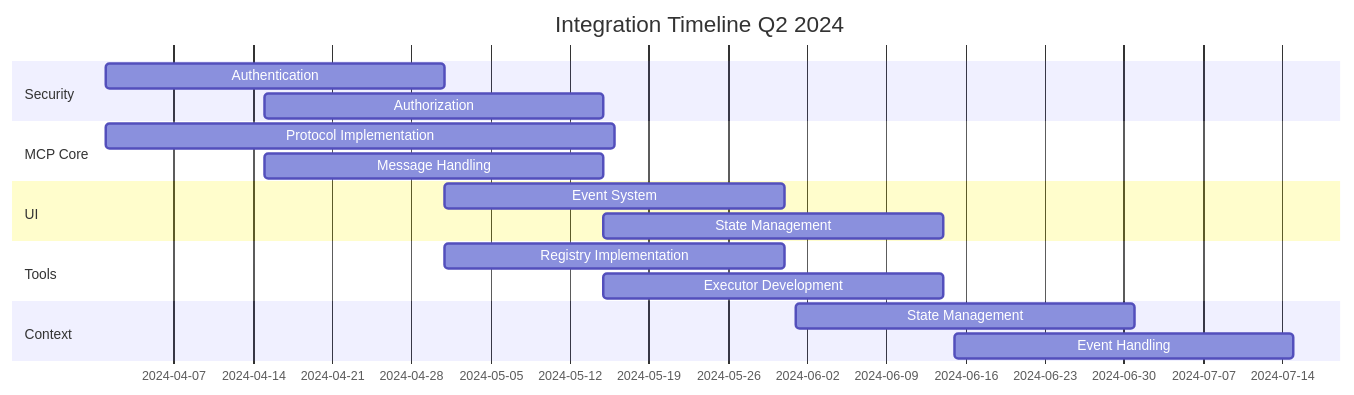
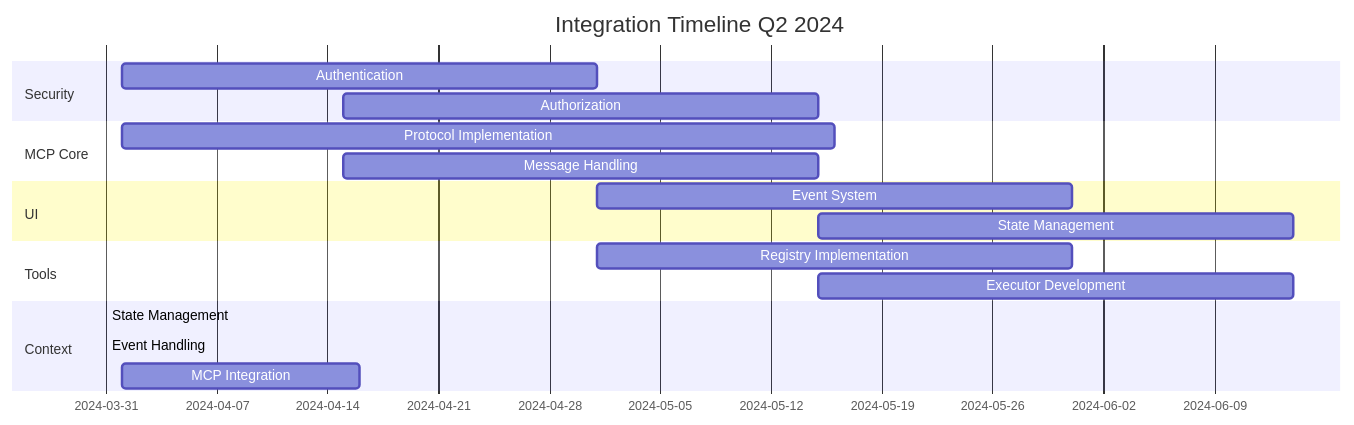
The third of 4 diagrams in specs/integration/README.md (DataScienceBioLab/squirrel), drawn with Mermaid before and after one commit. The commit also changed other lines of this file and 9 other files, not shown here.

````diff
--- a/specs/integration/README.md
+++ b/specs/integration/README.md
@@ -122,23 +131,24 @@
 ```mermaid
 ---
 title: Implementation Priority Flow
 ---
 gantt
     title Integration Timeline Q2 2024
     dateFormat  YYYY-MM-DD
     section Security
     Authentication    :2024-04-01, 30d
     Authorization    :2024-04-15, 30d
     section MCP Core
     Protocol Implementation    :2024-04-01, 45d
     Message Handling    :2024-04-15, 30d
     section UI
     Event System    :2024-05-01, 30d
     State Management    :2024-05-15, 30d
     section Tools
     Registry Implementation    :2024-05-01, 30d
     Executor Development    :2024-05-15, 30d
     section Context
-    State Management    :2024-06-01, 30d
-    Event Handling    :2024-06-15, 30d
+    State Management    :done, 2024-03-31, 0d
+    Event Handling    :done, 2024-03-31, 0d
+    MCP Integration    :2024-04-01, 15d
 ```
````
